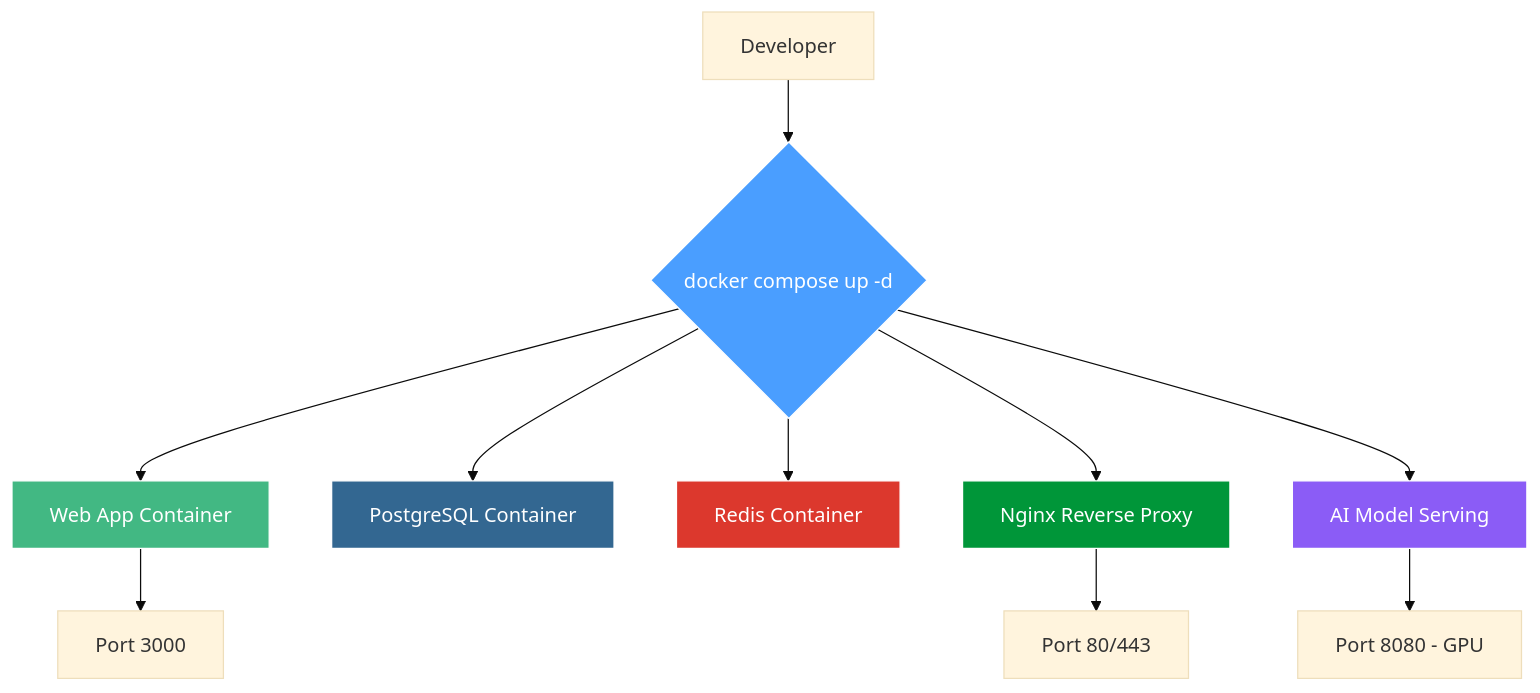
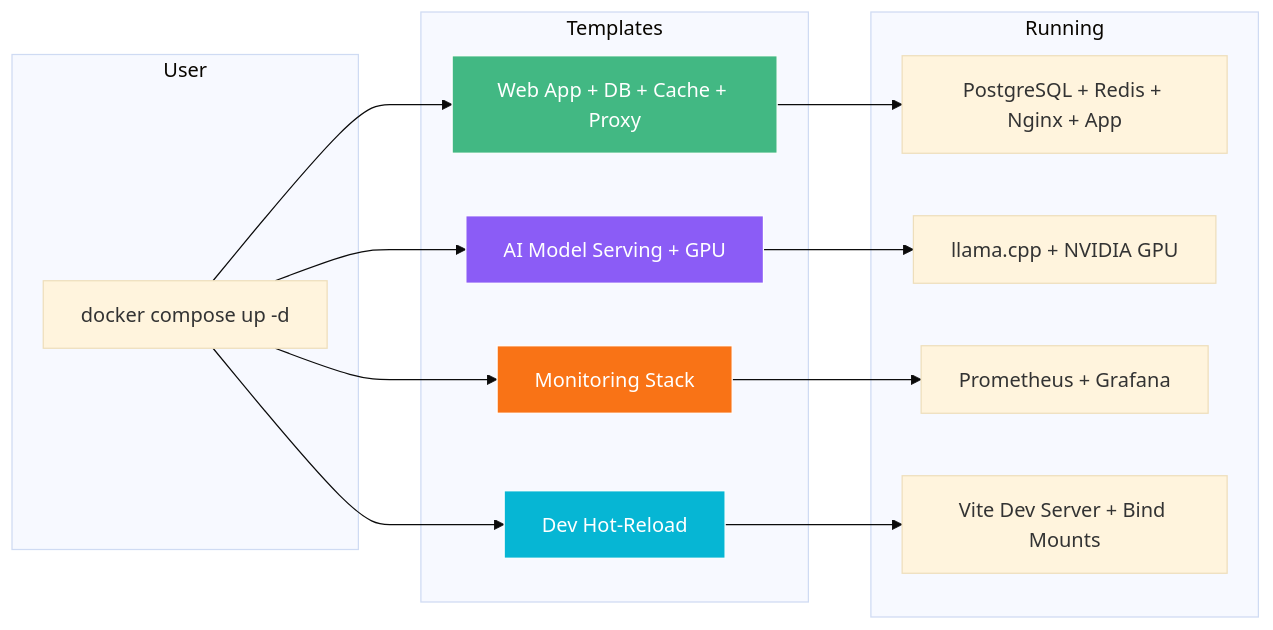
One commit to nerudek/docker-compose-templates changed the second of 3 diagrams in README.md. Above: the diagram before and after it, drawn with Mermaid (base theme). The commit also changed other lines of this file and 9 other files, not shown here.

Commit message:
docs: rewrite README with 13 sections, 3 mermaid diagrams; add 4 template stacks with docker-compose.yml and .env.example

````diff
--- a/README.md
+++ b/README.md
@@ -5,18 +44,26 @@
 ```mermaid
-graph TD
-    A[Developer] --> B{docker compose up -d}
-    B --> C[Web App Container]
-    B --> D[PostgreSQL Container]
-    B --> E[Redis Container]
-    B --> F[Nginx Reverse Proxy]
-    B --> G[AI Model Serving]
-    C --> H[Port 3000]
-    F --> I[Port 80/443]
-    G --> J[Port 8080 - GPU]
-    style B fill:#4a9eff,stroke:#fff,color:#fff
-    style C fill:#42b883,stroke:#fff,color:#fff
-    style D fill:#336791,stroke:#fff,color:#fff
-    style E fill:#dc382d,stroke:#fff,color:#fff
-    style F fill:#009639,stroke:#fff,color:#fff
-    style G fill:#8b5cf6,stroke:#fff,color:#fff
+graph LR
+    subgraph User
+        A[docker compose up -d]
+    end
+    subgraph Templates
+        B[Web App + DB + Cache + Proxy]
+        C[AI Model Serving + GPU]
+        D[Monitoring Stack]
+        E[Dev Hot-Reload]
+    end
+    subgraph Running
+        F[PostgreSQL + Redis + Nginx + App]
+        G[llama.cpp + NVIDIA GPU]
+        H[Prometheus + Grafana]
+        I[Vite Dev Server + Bind Mounts]
+    end
+    A --> B --> F
+    A --> C --> G
+    A --> D --> H
+    A --> E --> I
+    style B fill:#42b883,stroke:#fff,color:#fff
+    style C fill:#8b5cf6,stroke:#fff,color:#fff
+    style D fill:#f97316,stroke:#fff,color:#fff
+    style E fill:#06b6d4,stroke:#fff,color:#fff
 ```
````
